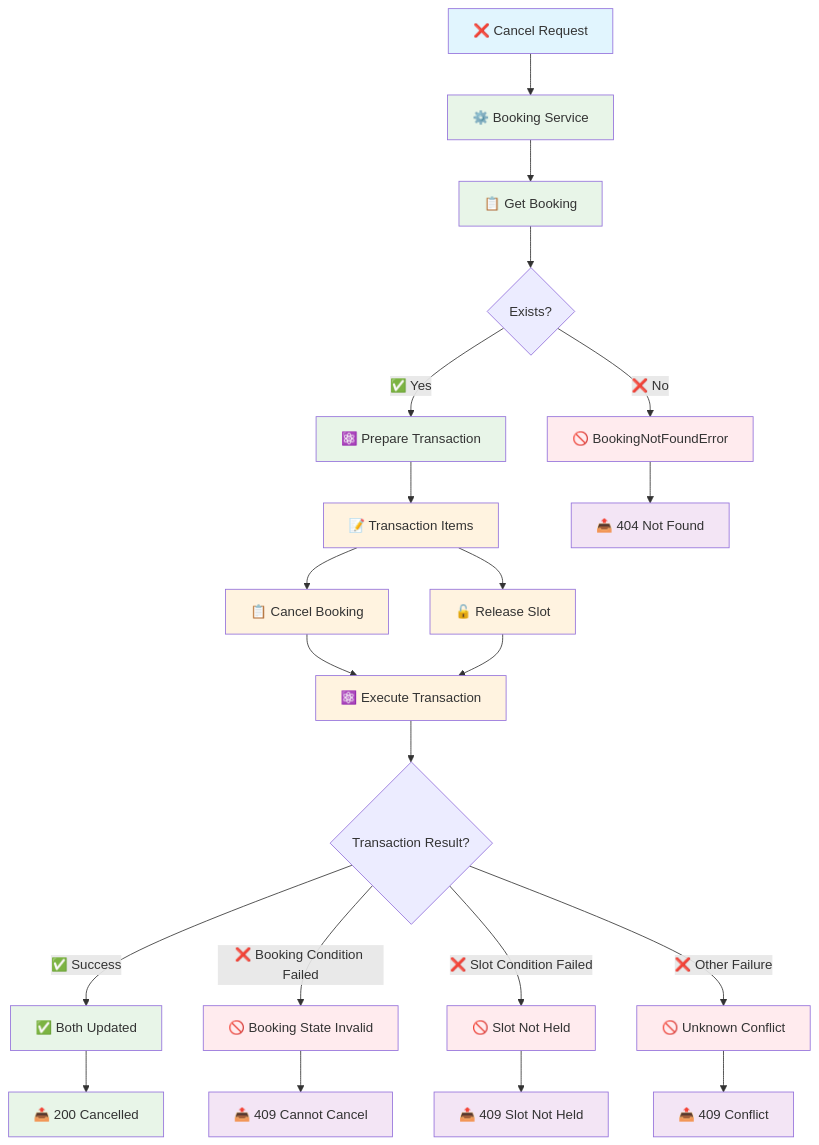
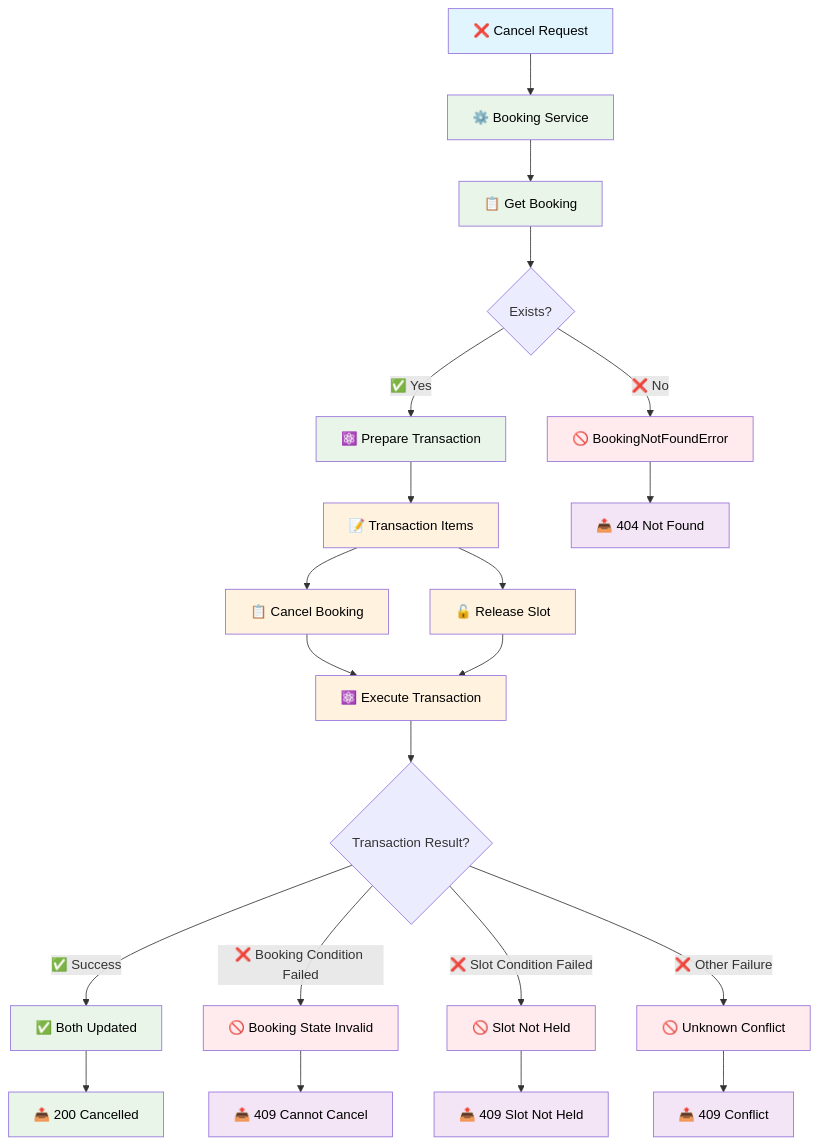
Before and after one commit to SrideviMR/AppointmentBooking: the sixth of 8 diagrams in visual-flow-diagram.md, drawn with Mermaid.

Commit message:
Add text color to flow diagram class definitions
Updated styling for flow diagram classes to include text color.

````diff
--- a/visual-flow-diagram.md
+++ b/visual-flow-diagram.md
@@ -342,52 +342,52 @@
 ```mermaid
 flowchart TD
     %% Cancel Request
     CANCEL[❌ Cancel Request] --> SERVICE[⚙️ Booking Service]
     
     %% Service Processing
     SERVICE --> GET[📋 Get Booking]
     GET --> EXISTS{Exists?}
     EXISTS -->|❌ No| NOT_FOUND[🚫 BookingNotFoundError]
     EXISTS -->|✅ Yes| PREPARE[⚛️ Prepare Transaction]
     
     %% Transaction Preparation
     PREPARE --> TRANS_ITEMS[📝 Transaction Items]
     TRANS_ITEMS --> ITEM1[📋 Cancel Booking]
     TRANS_ITEMS --> ITEM2[🔓 Release Slot]
     
     %% Atomic Execution
     ITEM1 --> EXECUTE[⚛️ Execute Transaction]
     ITEM2 --> EXECUTE
     
     EXECUTE --> RESULT{Transaction Result?}
     
     %% Success Path
     RESULT -->|✅ Success| SUCCESS[✅ Both Updated]
     SUCCESS --> RESPONSE[📤 200 Cancelled]
     
     %% Failure Paths
     RESULT -->|❌ Booking Condition Failed| BOOKING_CONFLICT[🚫 Booking State Invalid]
     RESULT -->|❌ Slot Condition Failed| SLOT_CONFLICT[🚫 Slot Not Held]
     RESULT -->|❌ Other Failure| UNKNOWN_CONFLICT[🚫 Unknown Conflict]
     
     %% Error Responses
     BOOKING_CONFLICT --> HTTP_409_1[📤 409 Cannot Cancel]
     SLOT_CONFLICT --> HTTP_409_2[📤 409 Slot Not Held]
     UNKNOWN_CONFLICT --> HTTP_409_3[📤 409 Conflict]
     NOT_FOUND --> HTTP_404[📤 404 Not Found]
     
     %% Styling
-    classDef requestClass fill:#e1f5fe
-    classDef processClass fill:#e8f5e8
-    classDef transactionClass fill:#fff3e0
-    classDef successClass fill:#e8f5e8
-    classDef errorClass fill:#ffebee
-    classDef httpClass fill:#f3e5f5
+    classDef requestClass fill:#e1f5fe,color:#000
+    classDef processClass fill:#e8f5e8,color:#000
+    classDef transactionClass fill:#fff3e0,color:#000
+    classDef successClass fill:#e8f5e8,color:#000
+    classDef errorClass fill:#ffebee,color:#000
+    classDef httpClass fill:#f3e5f5,color:#000
     
     class CANCEL requestClass
     class SERVICE,GET,PREPARE processClass
     class TRANS_ITEMS,ITEM1,ITEM2,EXECUTE transactionClass
     class SUCCESS,RESPONSE successClass
     class NOT_FOUND,BOOKING_CONFLICT,SLOT_CONFLICT,UNKNOWN_CONFLICT errorClass
     class HTTP_409_1,HTTP_409_2,HTTP_409_3,HTTP_404 httpClass
 ```
````
